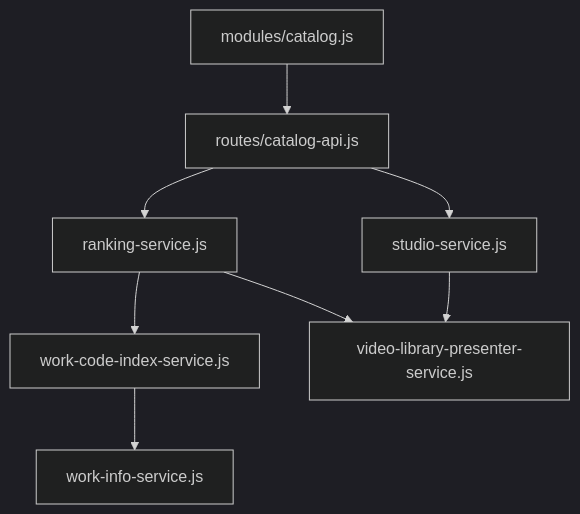
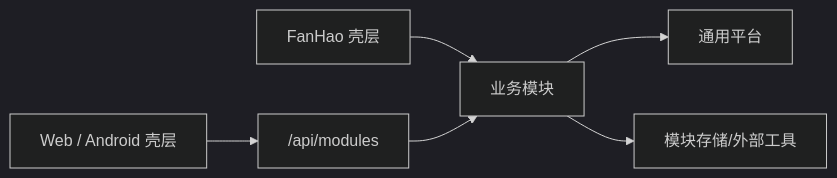
One commit to xincheng213618/FanHao changed the second of 2 diagrams in docs/server-architecture.md. Above: the diagram before and after it, drawn with Mermaid (dark theme). The commit also changed other lines of this file and 308 other files, not shown here.

First line of the commit message:
Refactor FanHao into independent modules

````diff
--- a/docs/server-architecture.md
+++ b/docs/server-architecture.md
@@ -241,18 +78,8 @@
 ```mermaid
-flowchart TD
-  CatalogModule["modules/catalog.js"]
-  CatalogRoutes["routes/catalog-api.js"]
-  Ranking["ranking-service.js"]
-  Studio["studio-service.js"]
-  WorkCodeIndex["work-code-index-service.js"]
-  WorkInfo["work-info-service.js"]
-  Presenter["video-library-presenter-service.js"]
-
-  CatalogModule --> CatalogRoutes
-  CatalogRoutes --> Ranking
-  CatalogRoutes --> Studio
-  Ranking --> WorkCodeIndex
-  WorkCodeIndex --> WorkInfo
-  Ranking --> Presenter
-  Studio --> Presenter
+flowchart LR
+  Shell["FanHao 壳层"] --> Module["业务模块"]
+  Module --> Platform["通用平台"]
+  Module --> Store["模块存储/外部工具"]
+  Client["Web / Android 壳层"] --> Manifest["/api/modules"]
+  Manifest --> Module
 ```
````
